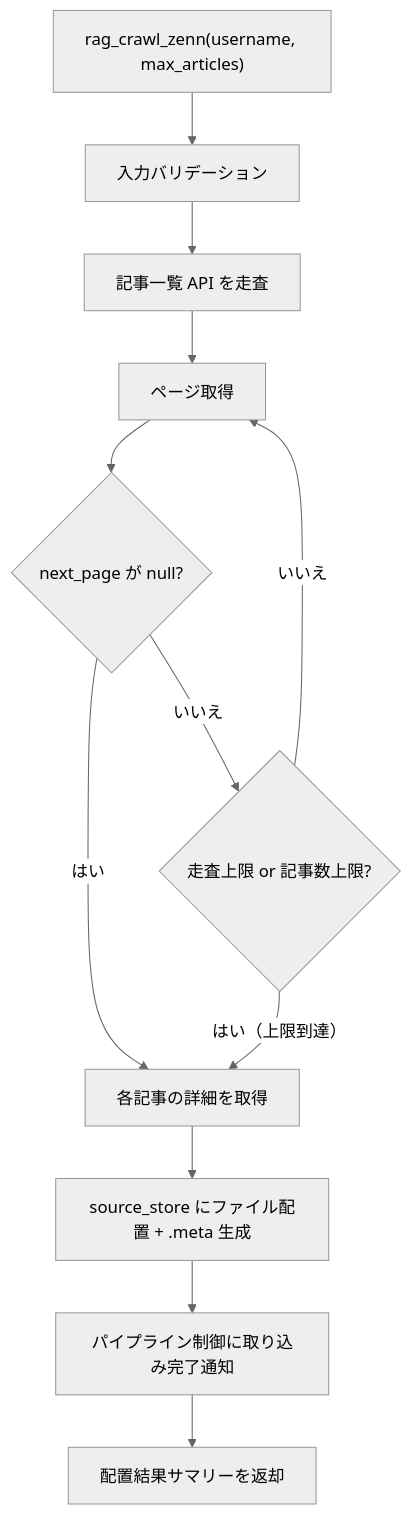
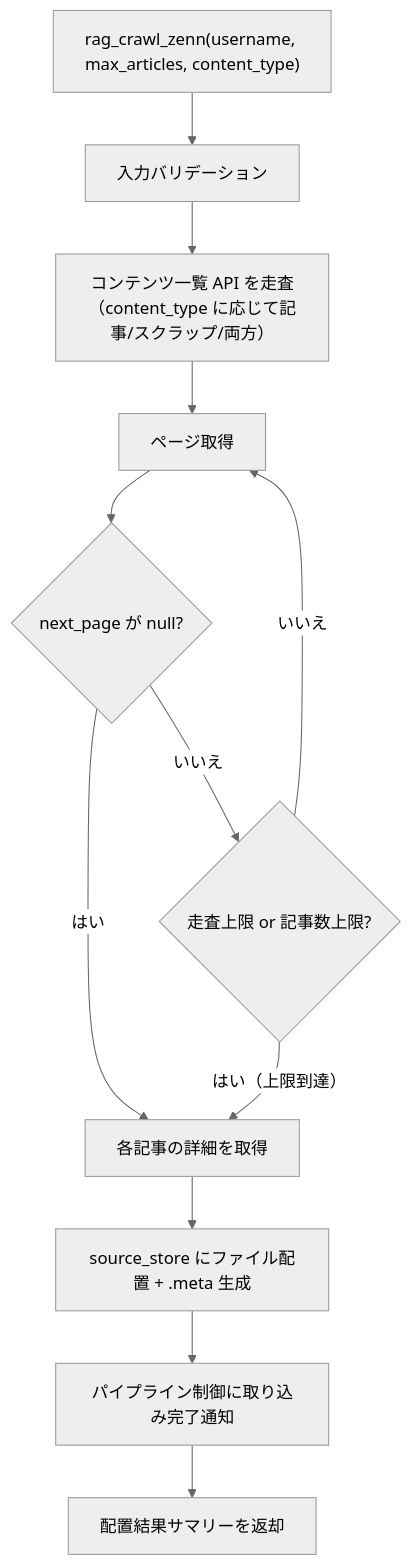
Before and after one commit to becky3/rag-knowledge: the diagram in docs/specs/ingesters/zenn.md, drawn with Mermaid (neutral theme). The commit also changed other lines of this file and 1 other file, not shown here.

````diff
--- a/docs/specs/ingesters/zenn.md
+++ b/docs/specs/ingesters/zenn.md
@@ -207,25 +228,25 @@
 ```mermaid
 flowchart TD
-    START["rag_crawl_zenn(username, max_articles)"]
+    START["rag_crawl_zenn(username, max_articles, content_type)"]
     VALIDATE["入力バリデーション"]
-    DISCOVER["記事一覧 API を走査"]
+    DISCOVER["コンテンツ一覧 API を走査（content_type に応じて記事/スクラップ/両方）"]
     PAGE["ページ取得"]
     CHECK_NEXT{"next_page が null?"}
     CHECK_LIMIT{"走査上限 or 記事数上限?"}
     FETCH["各記事の詳細を取得"]
     PLACE["source_store にファイル配置 + .meta 生成"]
     NOTIFY["パイプライン制御に取り込み完了通知"]
     RESULT["配置結果サマリーを返却"]
 
     START --> VALIDATE
     VALIDATE --> DISCOVER
     DISCOVER --> PAGE
     PAGE --> CHECK_NEXT
     CHECK_NEXT -->|"はい"| FETCH
     CHECK_NEXT -->|"いいえ"| CHECK_LIMIT
     CHECK_LIMIT -->|"はい（上限到達）"| FETCH
     CHECK_LIMIT -->|"いいえ"| PAGE
     FETCH --> PLACE
     PLACE --> NOTIFY
     NOTIFY --> RESULT
 ```
````
